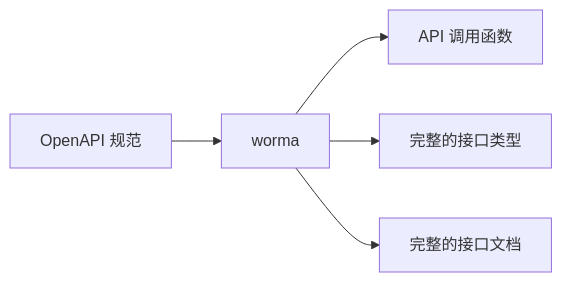
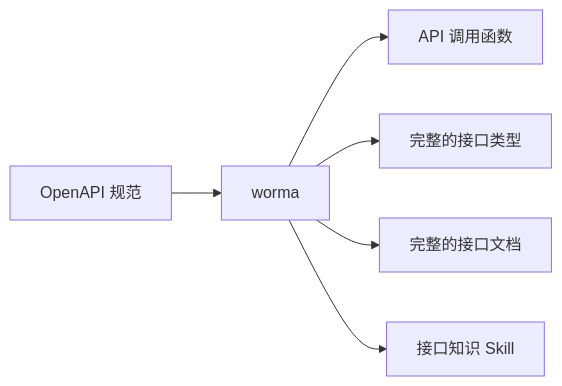
One commit to alovajs/alovajs.github.io changed the first of 2 diagrams in i18n/zh-CN/docusaurus-plugin-content-docs/current/tutorial/02-getting-started/01-introduce.md. Above: the diagram before and after it, drawn with Mermaid. The commit also changed other lines of this file and 22 other files, not shown here.

````diff
--- a/i18n/zh-CN/docusaurus-plugin-content-docs/current/tutorial/02-getting-started/01-introduce.md
+++ b/i18n/zh-CN/docusaurus-plugin-content-docs/current/tutorial/02-getting-started/01-introduce.md
@@ -442,6 +437,7 @@
 ```mermaid
 flowchart LR
 R1[OpenAPI 规范] --> S1[worma] --> W1[API 调用函数]
 S1[worma] --> W2[完整的接口类型]
 S1[worma] --> W3[完整的接口文档]
+S1[worma] --> W4[接口知识 Skill]
 ```
````
